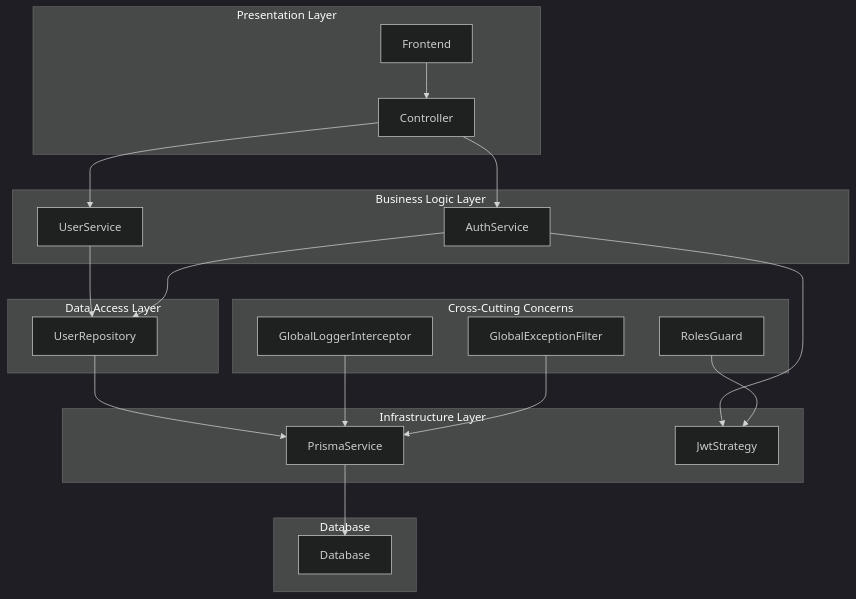
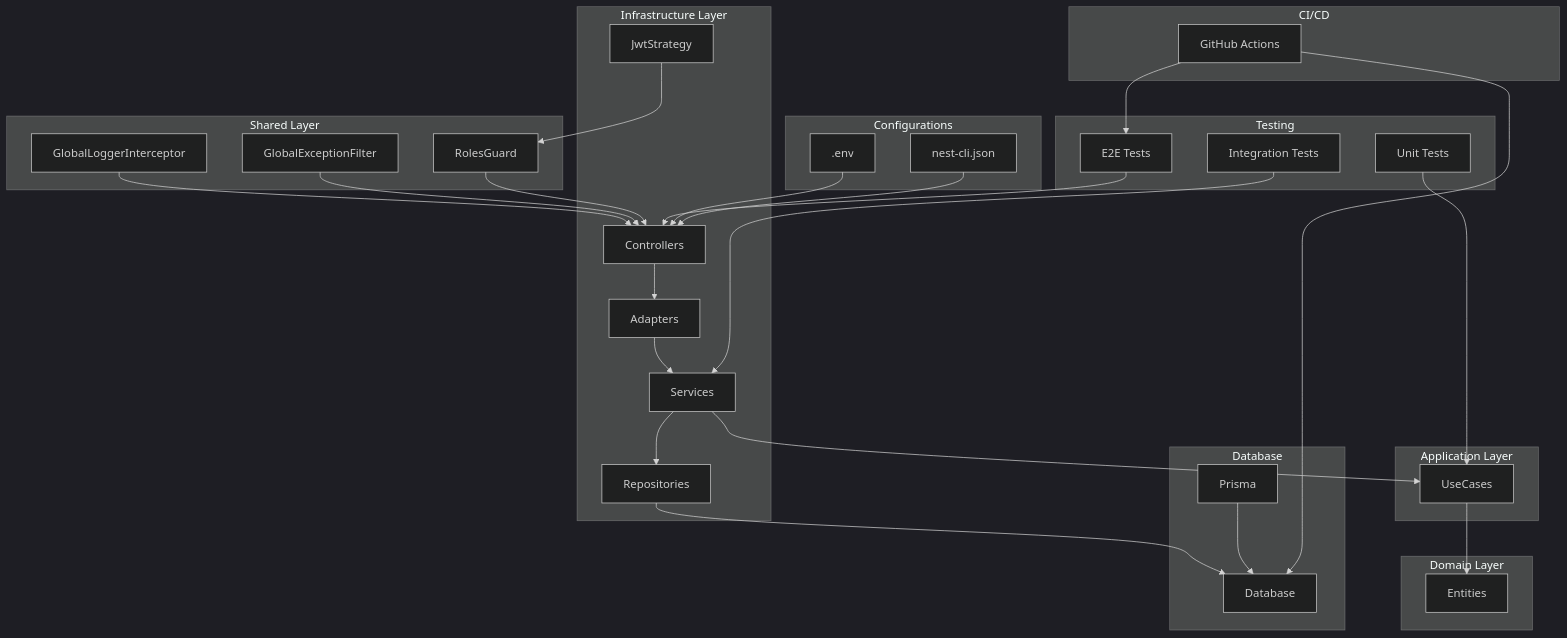
One commit to renanjava/testes-escola-de-TI changed the diagram in documentation/arquitetura-detalhada.md. Above: the diagram before and after it, drawn with Mermaid (dark theme).

Commit message:
docs: atualizando o diagrama da arquitetura

````diff
--- a/documentation/arquitetura-detalhada.md
+++ b/documentation/arquitetura-detalhada.md
@@ -1,44 +1,72 @@
 ```mermaid
 graph TD
-    subgraph Presentation Layer
-        A[Frontend]
-        B[Controller]
+    %% Application Layer
+    subgraph Application Layer
+        A2[UseCases]
     end
 
-    subgraph Business Logic Layer
-        C[UserService]
-        D[AuthService]
+    %% Domain Layer
+    subgraph Domain Layer
+        D1[Entities]
     end
 
-    subgraph Data Access Layer
-        E[UserRepository]
+    %% Infrastructure Layer
+    subgraph Infrastructure Layer
+        A1[Controllers]
+        I1[Adapters]
+        I2[Repositories]
+        I3[Services]
+        I4[JwtStrategy]
     end
 
-    subgraph Infrastructure Layer
-        F[PrismaService]
-        G[JwtStrategy]
+    %% Shared Layer
+    subgraph Shared Layer
+        S1[GlobalLoggerInterceptor]
+        S2[GlobalExceptionFilter]
+        S3[RolesGuard]
     end
 
-    subgraph Cross-Cutting Concerns
-        H[RolesGuard]
-        I[GlobalLoggerInterceptor]
-        J[GlobalExceptionFilter]
+    %% Database
+    subgraph Database
+        DB[Database]
+        P1[Prisma]
     end
 
-    subgraph Database
-        K[Database]
+    %% Configurations
+    subgraph Configurations
+        C1[.env]
+        C2[nest-cli.json]
+    end
+
+    %% Testing
+    subgraph Testing
+        T1[Unit Tests]
+        T2[Integration Tests]
+        T3[E2E Tests]
+    end
+
+    %% CI/CD
+    subgraph CI/CD
+        CI1[GitHub Actions]
     end
 
     %% Connections
-    A --> B
-    B --> C
-    B --> D
-    C --> E
-    D --> E
-    E --> F
-    F --> K
-    D --> G
-    H --> G
-    I --> F
-    J --> F
+    A1 --> I1
+    I3 --> A2
+    I1 --> I3
+    A2 --> D1
+    I2 --> DB
+    I3 --> I2
+    I4 --> S3
+    S1 --> A1
+    S2 --> A1
+    S3 --> A1
+    P1 --> DB
+    T1 --> A2
+    T2 --> I3
+    T3 --> A1
+    CI1 --> T3
+    CI1 --> DB
+    C1 --> A1
+    C2 --> A1
 ```
````
